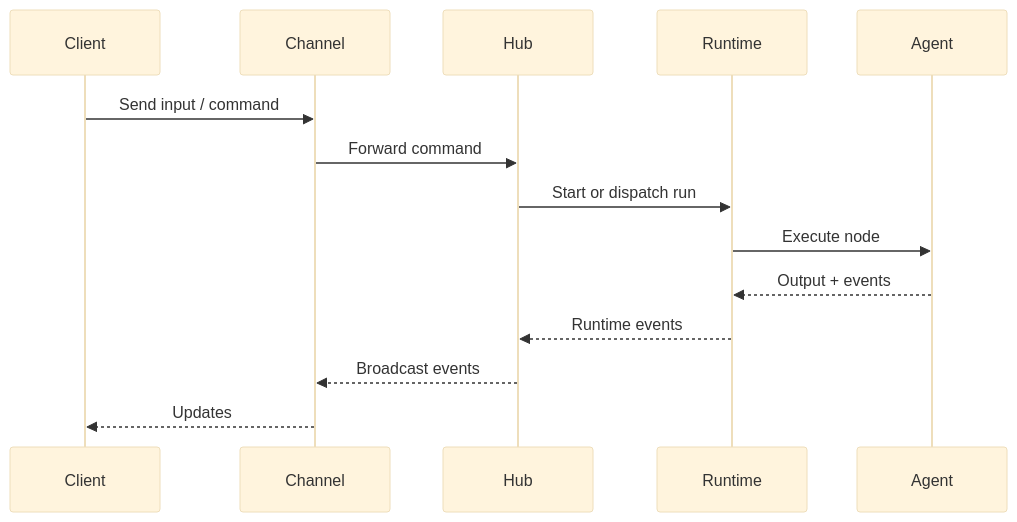
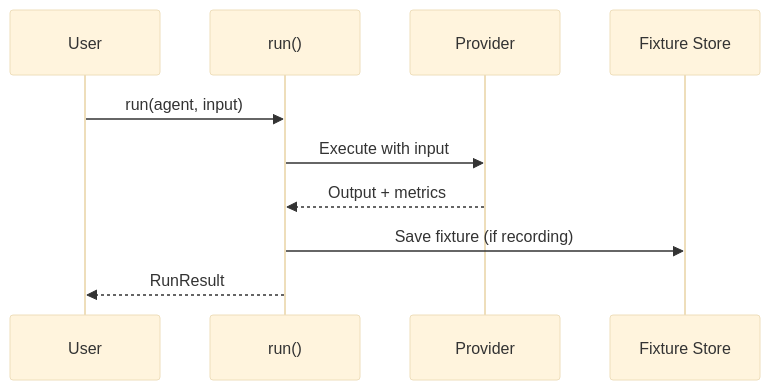
Before and after one commit to Open-Harness/open-harness: the second of 2 diagrams in apps/docs/content/docs/concepts/architecture.mdx, drawn with Mermaid (base theme). The commit also changed other lines of this file and 448 other files, not shown here.

````diff
--- a/apps/docs/content/docs/concepts/architecture.mdx
+++ b/apps/docs/content/docs/concepts/architecture.mdx
@@ -61,17 +97,13 @@
 ```mermaid
 sequenceDiagram
-  participant Client
-  participant Channel
-  participant Hub
-  participant Runtime
-  participant Agent
+  participant User
+  participant Run as run()
+  participant Provider
+  participant Store as Fixture Store
 
-  Client->>Channel: Send input / command
-  Channel->>Hub: Forward command
-  Hub->>Runtime: Start or dispatch run
-  Runtime->>Agent: Execute node
-  Agent-->>Runtime: Output + events
-  Runtime-->>Hub: Runtime events
-  Hub-->>Channel: Broadcast events
-  Channel-->>Client: Updates
+  User->>Run: run(agent, input)
+  Run->>Provider: Execute with input
+  Provider-->>Run: Output + metrics
+  Run->>Store: Save fixture (if recording)
+  Run-->>User: RunResult
 ```
````
